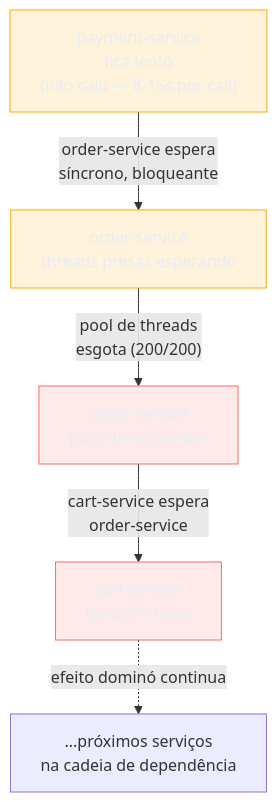
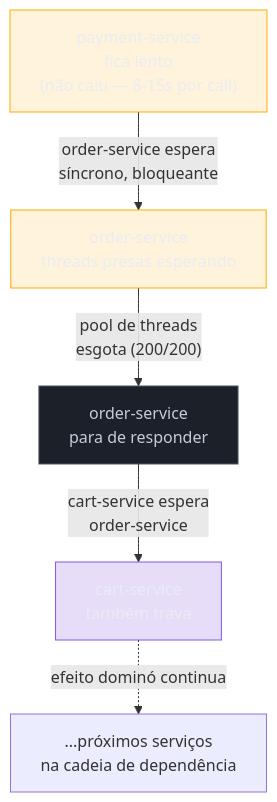
One commit to josenaldo/codex-technomanticus changed the first of 4 diagrams in 03-Dominios/Engenharia/Arquitetura/System Design/3 - Padrões recorrentes/05 - Circuit Breaker e resiliência.md. Above: the diagram before and after it, drawn with Mermaid. The commit also changed other lines of this file and 601 other files, not shown here.

````diff
--- a/03-Dominios/Engenharia/Arquitetura/System Design/3 - Padrões recorrentes/05 - Circuit Breaker e resiliência.md
+++ b/03-Dominios/Engenharia/Arquitetura/System Design/3 - Padrões recorrentes/05 - Circuit Breaker e resiliência.md
@@ -47,14 +47,15 @@
 ```mermaid
 graph TD
+    classDef marca fill:#8855DF33,stroke:#8855DF,color:#E9ECF2
+    classDef neutro fill:#1B2029,stroke:#4E5666,color:#C6CCD8
     classDef destaque fill:#FFAA0024,stroke:#FFAA00,color:#E9ECF2
-    classDef falha fill:#FF6B6B24,stroke:#FF6B6B,color:#E9ECF2
     PS["payment-service<br/>fica lento<br/>(não caiu — 8-15s por call)"] -->|"order-service espera<br/>síncrono, bloqueante"| OS["order-service<br/>threads presas esperando"]
     OS -->|"pool de threads<br/>esgota (200/200)"| OSDOWN["order-service<br/>para de responder"]
     OSDOWN -->|"cart-service espera<br/>order-service"| CS["cart-service<br/>também trava"]
     CS -.->|"efeito dominó continua"| REST["...próximos serviços<br/>na cadeia de dependência"]
 
     class PS destaque
     class OS destaque
-    class OSDOWN falha
-    class CS falha
+    class OSDOWN neutro
+    class CS marca
 ```
````
